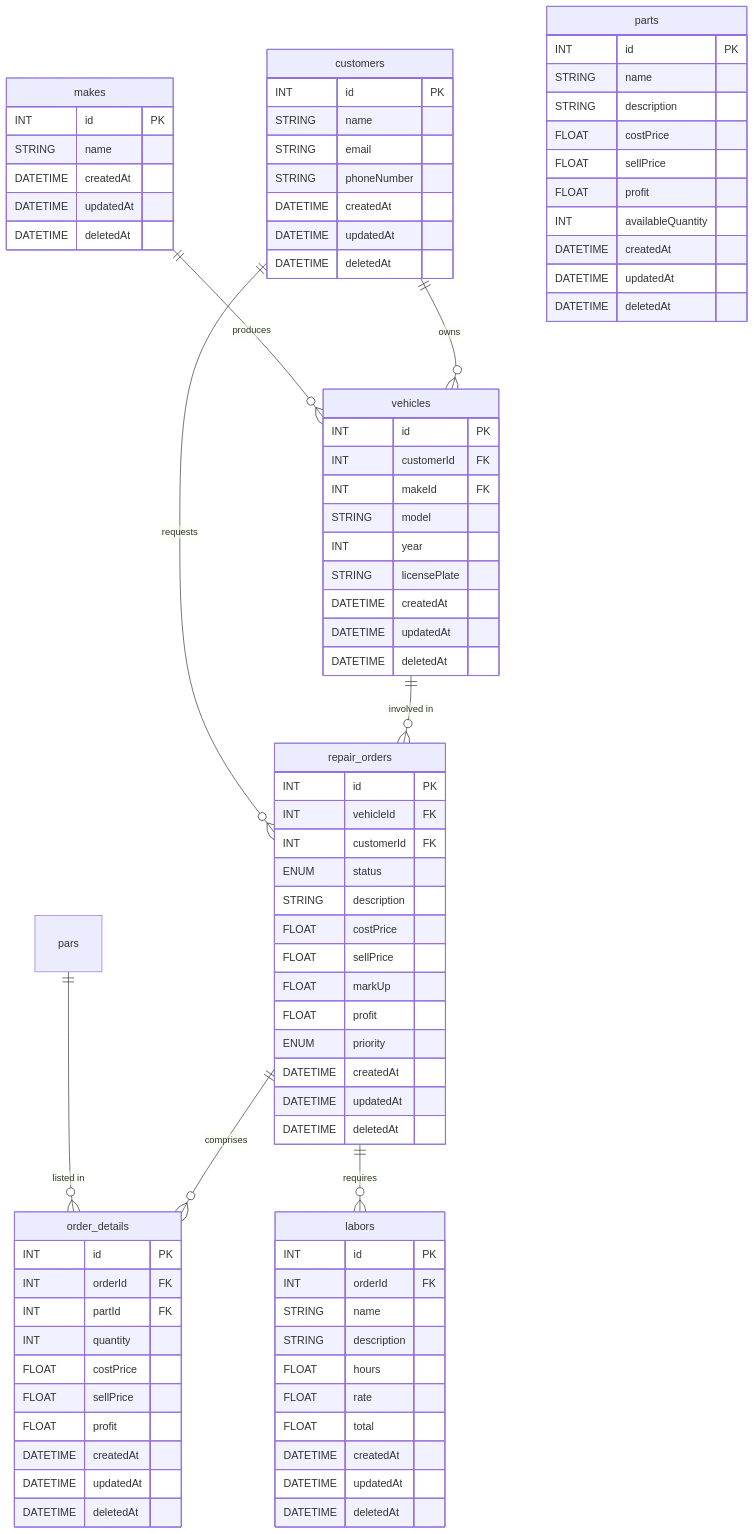
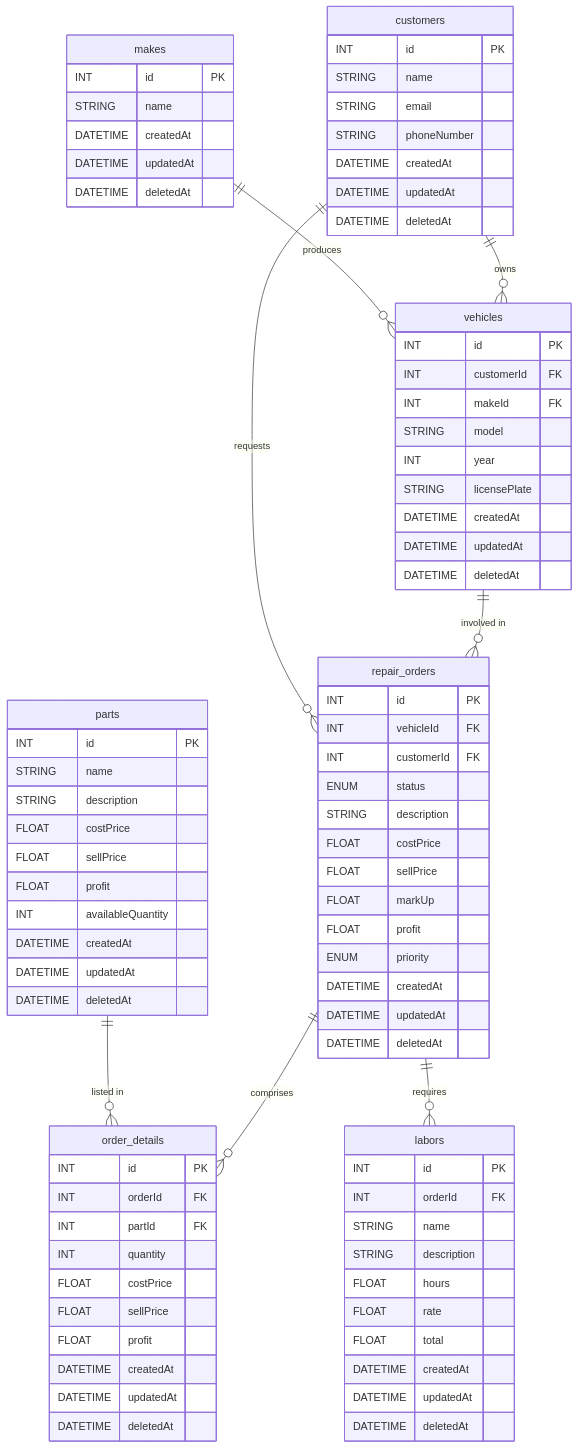
Before and after one commit to ivnxyz/senior-test: the diagram in README.md, drawn with Mermaid.

````diff
--- a/README.md
+++ b/README.md
@@ -164,6 +164,6 @@
     vehicles    ||--o{ repair_orders  : "involved in"
     customers   ||--o{ repair_orders  : "requests"
     repair_orders||--o{ order_details  : "comprises"
-    pars       ||--o{ order_details  : "listed in"
+    parts       ||--o{ order_details  : "listed in"
     repair_orders||--o{ labors        : "requires"
 ```
````
